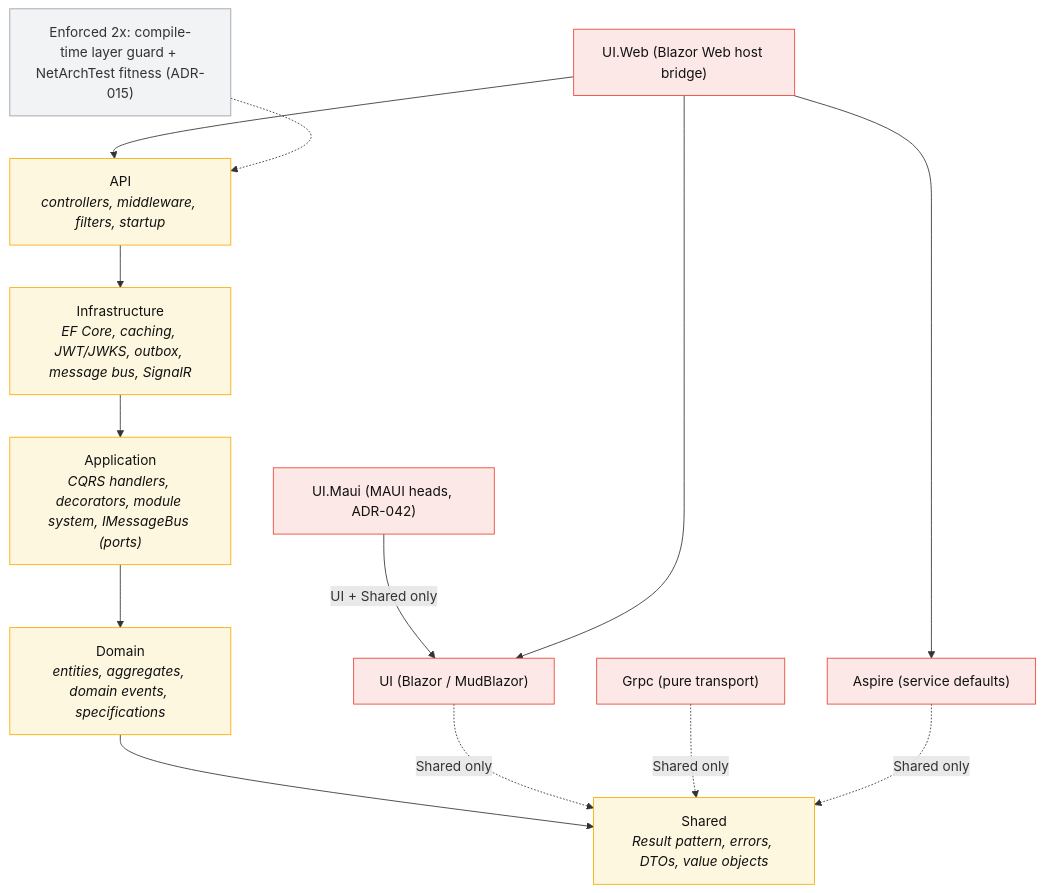
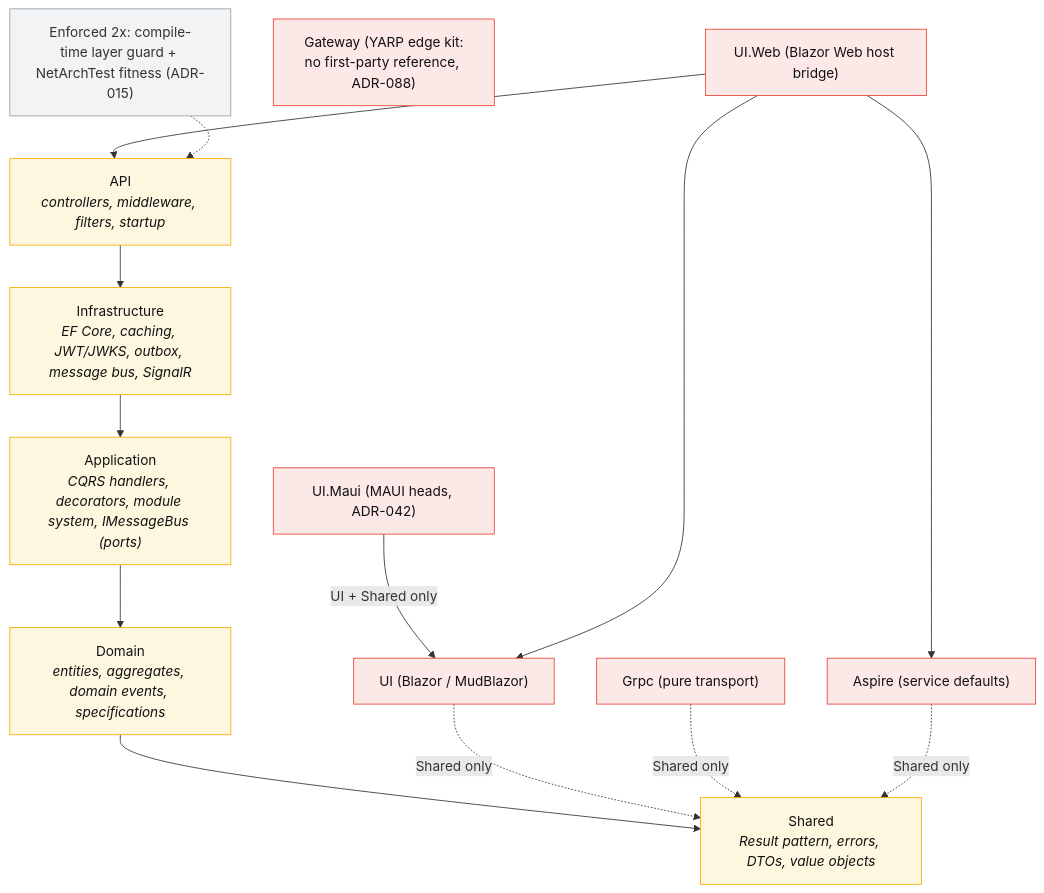
One commit to ivanball/ivanball.github.io changed the second of 15 diagrams in docs-src/onboarding/CONCEPT-MAPS.md. Above: the diagram before and after it, drawn with Mermaid. The commit also changed other lines of this file and 79 other files, not shown here.

````diff
--- a/docs-src/onboarding/CONCEPT-MAPS.md
+++ b/docs-src/onboarding/CONCEPT-MAPS.md
@@ -79,32 +91,33 @@
 ```mermaid
 flowchart TD
     APIL["API<br/><i>controllers, middleware, filters, startup</i>"]
     INFL["Infrastructure<br/><i>EF Core, caching, JWT/JWKS, outbox, message bus, SignalR</i>"]
     APPL["Application<br/><i>CQRS handlers, decorators, module system, IMessageBus (ports)</i>"]
     DOML["Domain<br/><i>entities, aggregates, domain events, specifications</i>"]
     SHRL["Shared<br/><i>Result pattern, errors, DTOs, value objects</i>"]
     UIL["UI (Blazor / MudBlazor)"]
     GRPCL["Grpc (pure transport)"]
     ASPL["Aspire (service defaults)"]
     UIMA["UI.Maui (MAUI heads, ADR-042)"]
     UIWB["UI.Web (Blazor Web host bridge)"]
+    GWL["Gateway (YARP edge kit:<br/>no first-party reference, ADR-088)"]
 
     APIL --> INFL --> APPL --> DOML --> SHRL
     UIL -.->|"Shared only"| SHRL
     GRPCL -.->|"Shared only"| SHRL
     ASPL -.->|"Shared only"| SHRL
     UIMA -->|"UI + Shared only"| UIL
     UIWB --> UIL
     UIWB --> APIL
     UIWB --> ASPL
 
     ENF["Enforced 2x: compile-time layer guard + NetArchTest fitness (ADR-015)"]
     ENF -.-> APIL
 
     classDef layer fill:#fef7e0,stroke:#f9ab00,color:#111
     classDef exc fill:#fce8e6,stroke:#ea4335,color:#111
     classDef note fill:#f1f3f4,stroke:#9aa0a6,color:#333
     class APIL,INFL,APPL,DOML,SHRL layer
-    class UIL,GRPCL,ASPL,UIMA,UIWB exc
+    class UIL,GRPCL,ASPL,UIMA,UIWB,GWL exc
     class ENF note
 ```
````
